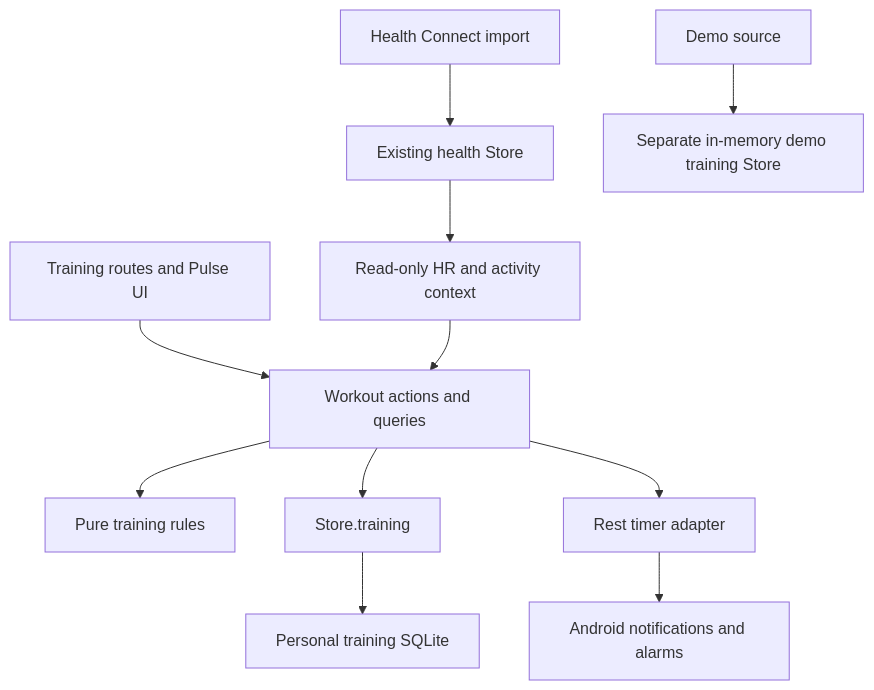
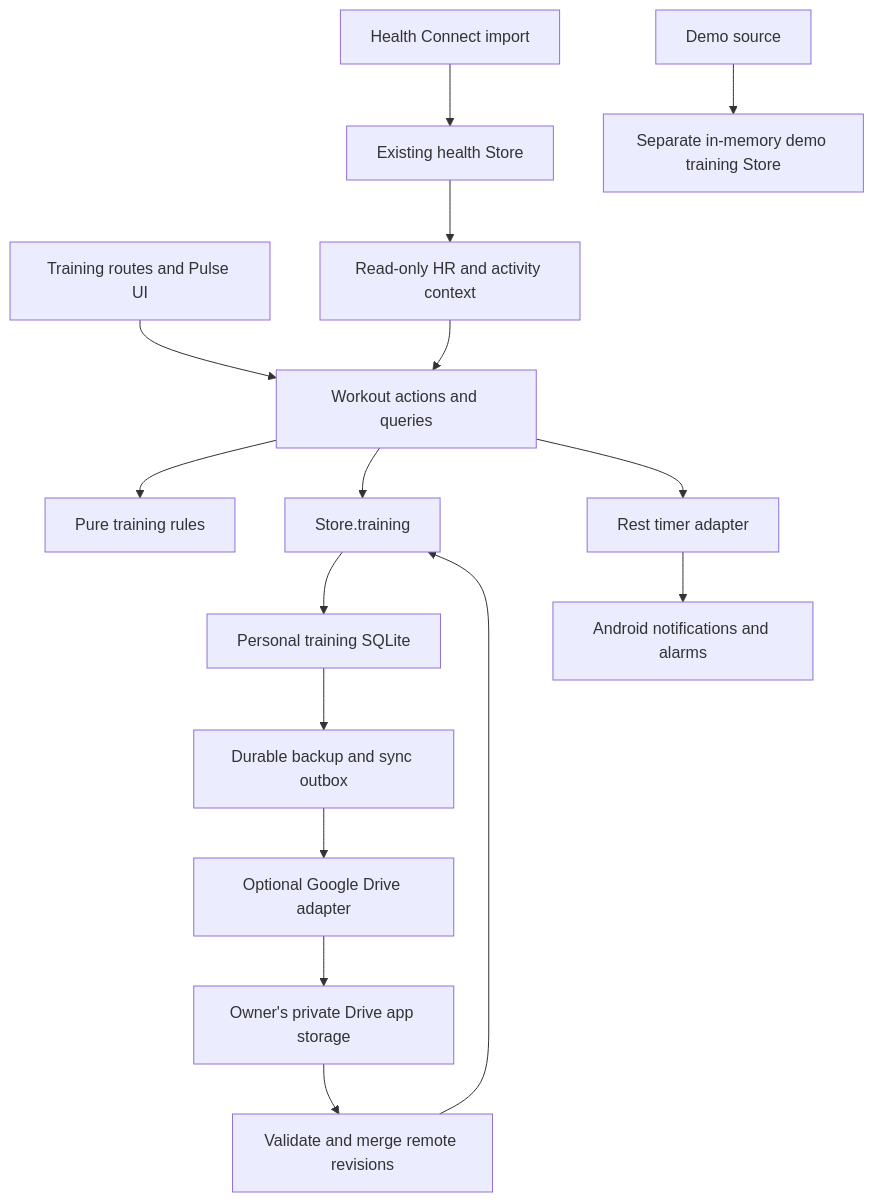
Before and after one commit to yashsharan0805/pulse-mobile: the first of 2 diagrams in docs/workout-tracker/README.md, drawn with Mermaid. The commit also changed other lines of this file, not shown here.

Commit message:
docs(training): add optional Drive backup and sync design

````diff
--- a/docs/workout-tracker/README.md
+++ b/docs/workout-tracker/README.md
@@ -55,13 +56,18 @@
 ```mermaid
 flowchart TD
     Routes[Training routes and Pulse UI] --> Actions[Workout actions and queries]
     Actions --> Rules[Pure training rules]
     Actions --> Store[Store.training]
     Store --> TrainingDB[Personal training SQLite]
+    TrainingDB --> Outbox[Durable backup and sync outbox]
+    Outbox --> DriveAdapter[Optional Google Drive adapter]
+    DriveAdapter --> Drive[Owner's private Drive app storage]
+    Drive --> Inbox[Validate and merge remote revisions]
+    Inbox --> Store
     Actions --> Timers[Rest timer adapter]
     Timers --> Android[Android notifications and alarms]
     HC[Health Connect import] --> HealthDB[Existing health Store]
     HealthDB --> Context[Read-only HR and activity context]
     Context --> Actions
     Demo[Demo source] --> DemoTraining[Separate in-memory demo training Store]
 ```
````
